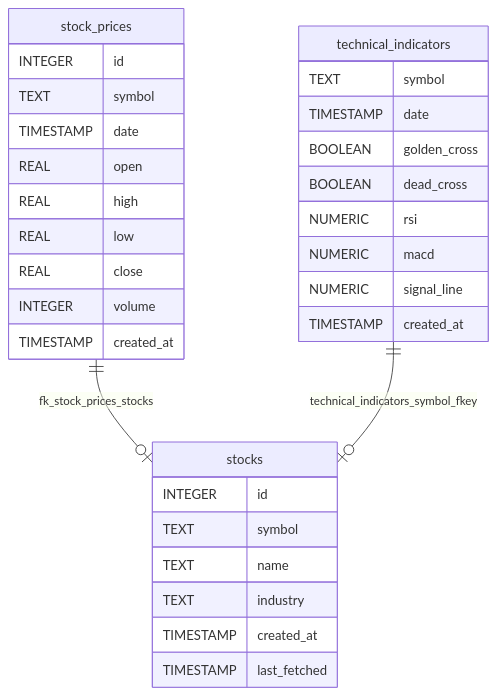
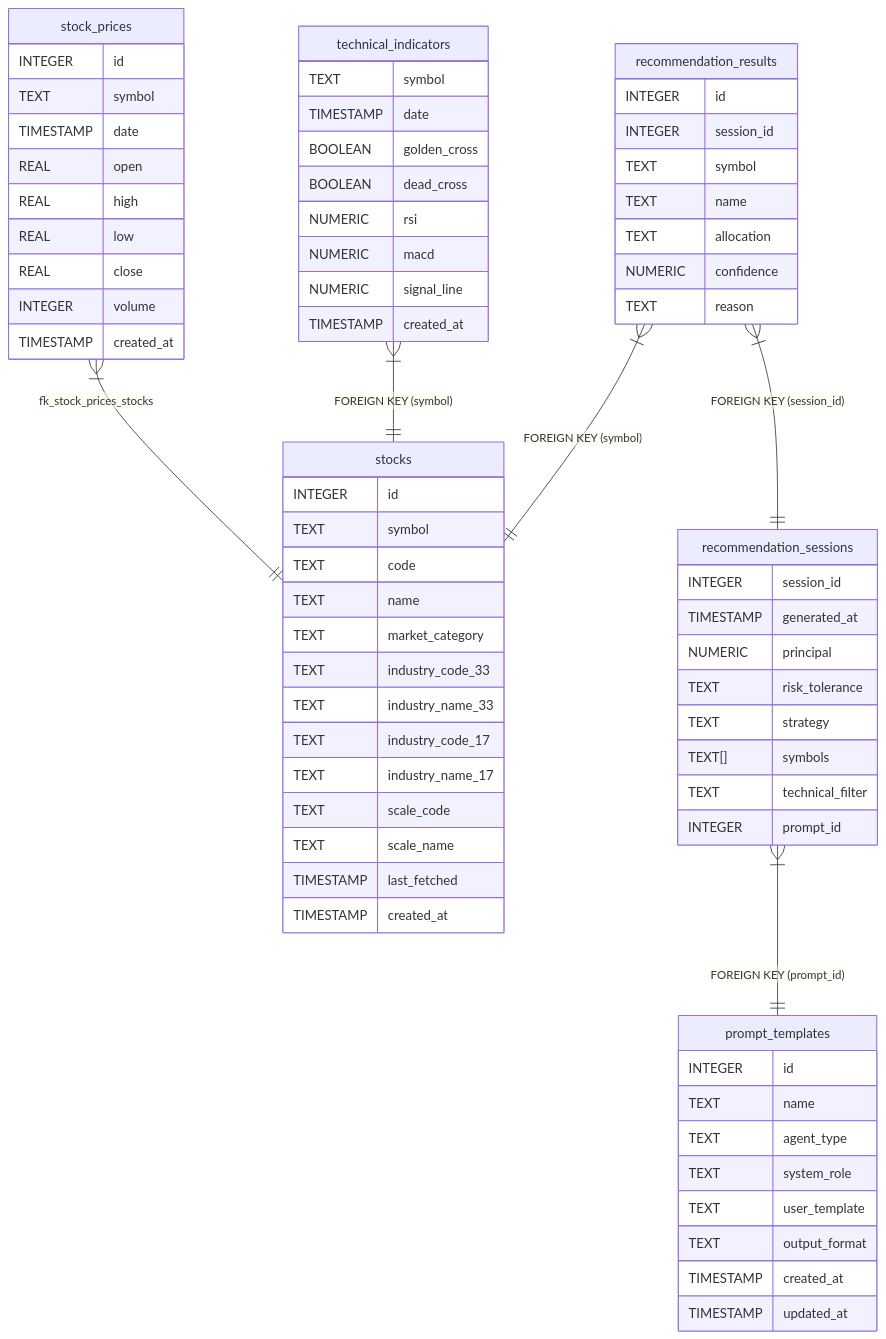
One commit to duwenji/stock-analyzer changed the diagram in backend/docs/ER.md. Above: the diagram before and after it, drawn with Mermaid. The commit also changed 9 other files, not shown here.

````diff
--- a/backend/docs/ER.md
+++ b/backend/docs/ER.md
@@ -3,34 +3,79 @@
 ```mermaid
 erDiagram
-    technical_indicators {
-        TEXT symbol
-        TIMESTAMP date
-        BOOLEAN golden_cross
-        BOOLEAN dead_cross
-        NUMERIC rsi
-        NUMERIC macd
-        NUMERIC signal_line
-        TIMESTAMP created_at
-    }
     stocks {
         INTEGER id
         TEXT symbol
+        TEXT code
         TEXT name
-        TEXT industry
+        TEXT market_category
+        TEXT industry_code_33
+        TEXT industry_name_33
+        TEXT industry_code_17
+        TEXT industry_name_17
+        TEXT scale_code
+        TEXT scale_name
+        TIMESTAMP last_fetched
         TIMESTAMP created_at
-        TIMESTAMP last_fetched
     }
+    
     stock_prices {
         INTEGER id
         TEXT symbol
         TIMESTAMP date
         REAL open
         REAL high
         REAL low
         REAL close
         INTEGER volume
         TIMESTAMP created_at
     }
-    stock_prices ||--o| stocks : "fk_stock_prices_stocks"
-    technical_indicators ||--o| stocks : "technical_indicators_symbol_fkey"
+    
+    technical_indicators {
+        TEXT symbol
+        TIMESTAMP date
+        BOOLEAN golden_cross
+        BOOLEAN dead_cross
+        NUMERIC rsi
+        NUMERIC macd
+        NUMERIC signal_line
+        TIMESTAMP created_at
+    }
+    
+    recommendation_sessions {
+        INTEGER session_id
+        TIMESTAMP generated_at
+        NUMERIC principal
+        TEXT risk_tolerance
+        TEXT strategy
+        TEXT[] symbols
+        TEXT technical_filter
+        INTEGER prompt_id
+    }
+    
+    recommendation_results {
+        INTEGER id
+        INTEGER session_id
+        TEXT symbol
+        TEXT name
+        TEXT allocation
+        NUMERIC confidence
+        TEXT reason
+    }
+    
+    prompt_templates {
+        INTEGER id
+        TEXT name
+        TEXT agent_type
+        TEXT system_role
+        TEXT user_template
+        TEXT output_format
+        TIMESTAMP created_at
+        TIMESTAMP updated_at
+    }
+    
+    stock_prices }|--|| stocks : "fk_stock_prices_stocks"
+    technical_indicators }|--|| stocks : "FOREIGN KEY (symbol)"
+    recommendation_results }|--|| stocks : "FOREIGN KEY (symbol)"
+    recommendation_results }|--|| recommendation_sessions : "FOREIGN KEY (session_id)"
+    recommendation_sessions }|--|| prompt_templates : "FOREIGN KEY (prompt_id)"
 ```
````
